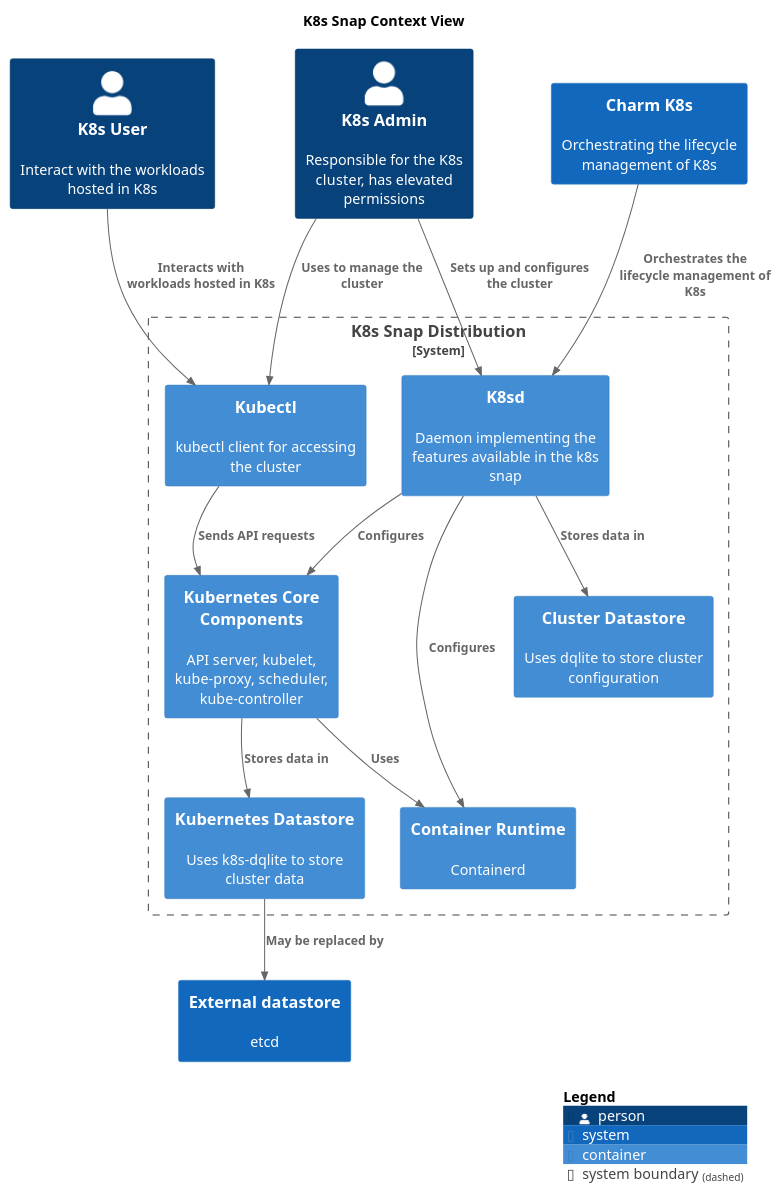
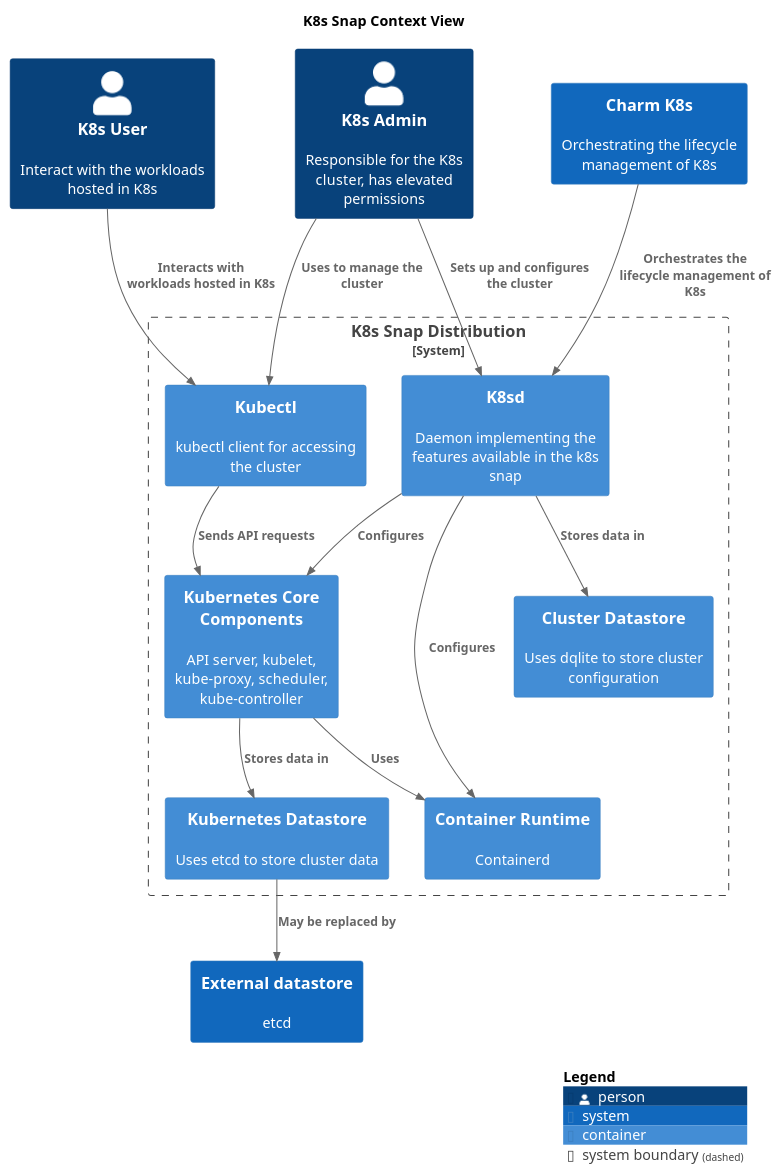
One commit to canonical/k8s-snap changed the diagram in docs/canonicalk8s/assets/k8s-container.puml. Above: the diagram before and after it, drawn with PlantUML. The commit also changed 16 other files, not shown here.

Commit message:
docs: Replace k8s-dqlite with etcd

```diff
--- a/docs/canonicalk8s/assets/k8s-container.puml
+++ b/docs/canonicalk8s/assets/k8s-container.puml
@@ -1,38 +1,38 @@
 @startuml
 set separator none
 title K8s Snap Context View
 
 top to bottom direction
 
 !include <C4/C4>
 !include <C4/C4_Context>
 !include <C4/C4_Container>
 
 Person(K8sAdmin, "K8s Admin", $descr="Responsible for the K8s cluster, has elevated permissions", $tags="", $link="")
 Person(K8sUser, "K8s User", $descr="Interact with the workloads hosted in K8s", $tags="", $link="")
 System(CharmK8s, "Charm K8s", $descr="Orchestrating the lifecycle management of K8s", $tags="", $link="")
 System(Externaldatastore, "External datastore", $descr="etcd", $tags="", $link="")
 
 System_Boundary("K8sSnapDistribution_boundary", "K8s Snap Distribution", $tags="") {
   Container(K8sSnapDistribution.KubernetesCoreComponents, "Kubernetes Core Components", $techn="", $descr="API server, kubelet, kube-proxy, scheduler, kube-controller", $tags="", $link="")
   Container(K8sSnapDistribution.ContainerRuntime, "Container Runtime", $techn="", $descr="Containerd", $tags="", $link="")
   Container(K8sSnapDistribution.K8sd, "K8sd", $techn="", $descr="Daemon implementing the features available in the k8s snap", $tags="", $link="")
   Container(K8sSnapDistribution.K8sddatastore, "Cluster Datastore", $techn="", $descr="Uses dqlite to store cluster configuration", $tags="", $link="")
   Container(K8sSnapDistribution.Kubectl, "Kubectl", $techn="", $descr="kubectl client for accessing the cluster", $tags="", $link="")
-  Container(K8sSnapDistribution.Kubernetesdatastore, "Kubernetes Datastore", $techn="", $descr="Uses k8s-dqlite to store cluster data", $tags="", $link="")
+  Container(K8sSnapDistribution.Kubernetesdatastore, "Kubernetes Datastore", $techn="", $descr="Uses etcd to store cluster data", $tags="", $link="")
 }
 
 Rel(K8sAdmin, K8sSnapDistribution.K8sd, "Sets up and configures the cluster", $techn="", $tags="", $link="")
 Rel(K8sAdmin, K8sSnapDistribution.Kubectl, "Uses to manage the cluster", $techn="", $tags="", $link="")
 Rel(K8sUser, K8sSnapDistribution.Kubectl, "Interacts with workloads hosted in K8s", $techn="", $tags="", $link="")
 Rel(CharmK8s, K8sSnapDistribution.K8sd, "Orchestrates the lifecycle management of K8s", $techn="", $tags="", $link="")
 Rel(K8sSnapDistribution.K8sd, K8sSnapDistribution.K8sddatastore, "Stores data in", $techn="", $tags="", $link="")
 Rel(K8sSnapDistribution.KubernetesCoreComponents, K8sSnapDistribution.Kubernetesdatastore, "Stores data in", $techn="", $tags="", $link="")
 Rel(K8sSnapDistribution.Kubernetesdatastore, Externaldatastore, "May be replaced by", $techn="", $tags="", $link="")
 Rel(K8sSnapDistribution.K8sd, K8sSnapDistribution.KubernetesCoreComponents, "Configures", $techn="", $tags="", $link="")
 Rel(K8sSnapDistribution.KubernetesCoreComponents, K8sSnapDistribution.ContainerRuntime, "Uses", $techn="", $tags="", $link="")
 Rel(K8sSnapDistribution.Kubectl, K8sSnapDistribution.KubernetesCoreComponents, "Sends API requests", $techn="", $tags="", $link="")
 Rel(K8sSnapDistribution.K8sd, K8sSnapDistribution.ContainerRuntime, "Configures", $techn="", $tags="", $link="")
 
 SHOW_LEGEND(true)
 @enduml
```
